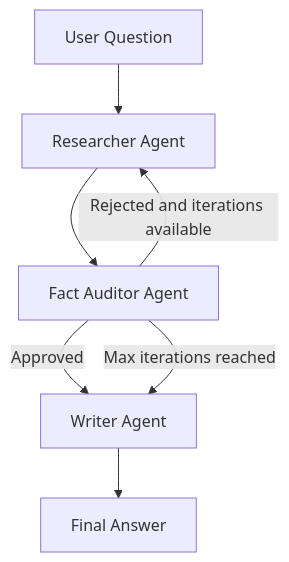
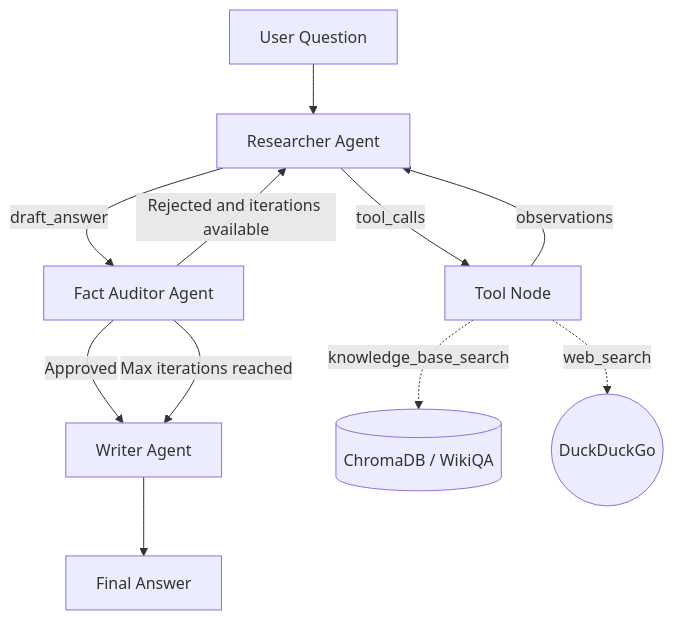
The diagram in README.md (anamariaaccilio/pln-multi-agent-react-orchestrator), drawn with Mermaid before and after one commit. The commit also changed other lines of this file and 1 other file, not shown here.

````diff
--- a/README.md
+++ b/README.md
@@ -61,9 +60,14 @@
 ```mermaid
 graph TD
     A[User Question] --> B[Researcher Agent]
-    B --> C[Fact Auditor Agent]
-    C -->|Approved| D[Writer Agent]
-    C -->|Rejected and iterations available| B
-    C -->|Max iterations reached| D
-    D --> E[Final Answer]
+    B -->|tool_calls| C[Tool Node]
+    C -->|observations| B
+    B -->|draft_answer| D[Fact Auditor Agent]
+    D -->|Approved| E[Writer Agent]
+    D -->|Rejected and iterations available| B
+    D -->|Max iterations reached| E
+    E --> F[Final Answer]
+
+    C -.->|knowledge_base_search| G[(ChromaDB / WikiQA)]
+    C -.->|web_search| H((DuckDuckGo))
 ```
````
